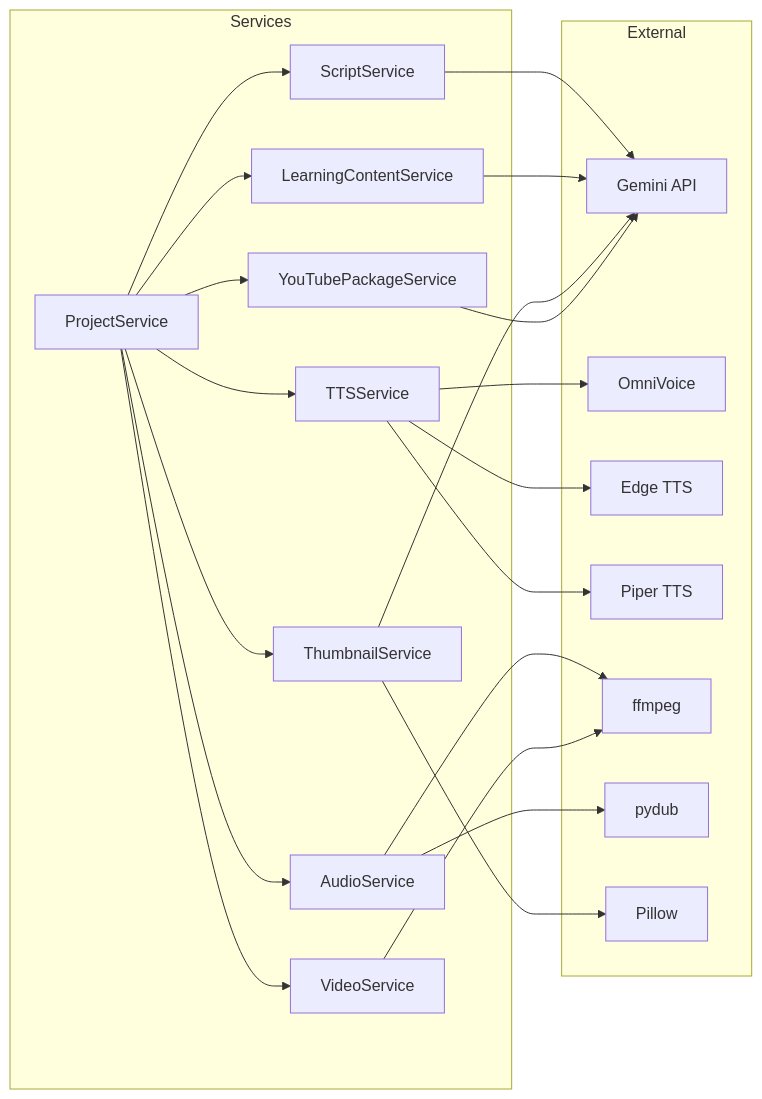
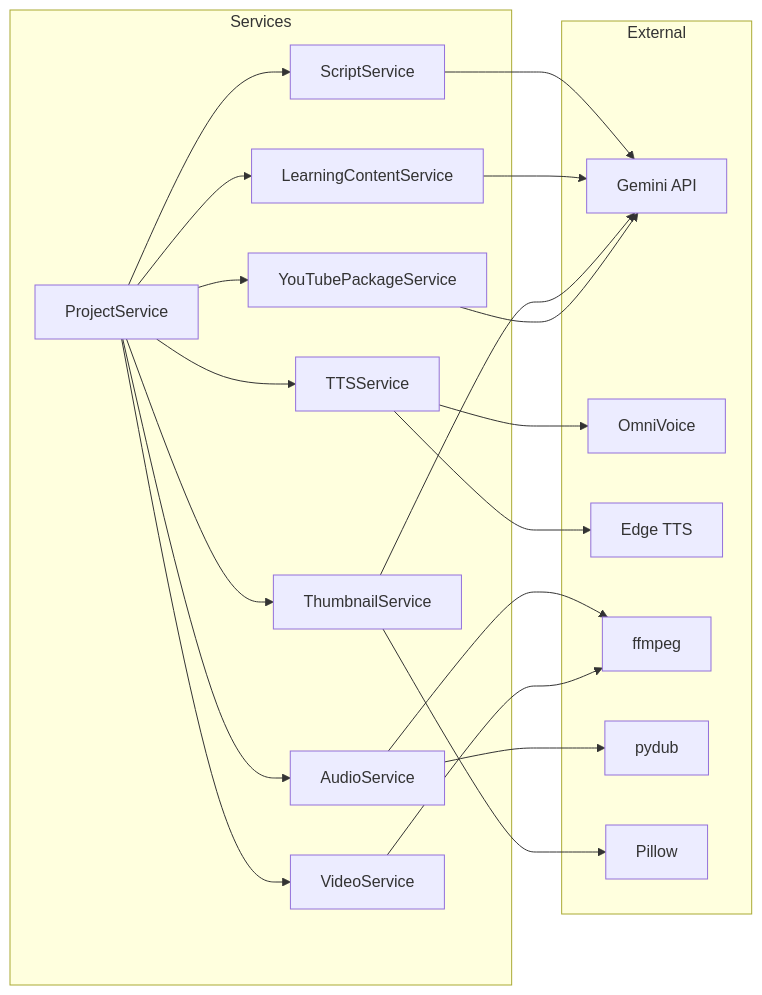
Before and after one commit to danghoangsqtt-sys/dailyintelenglish: the diagram in .viepilot/architecture/module-dependencies.mermaid, drawn with Mermaid. The commit also changed 25 other files, not shown here.

```diff
--- a/.viepilot/architecture/module-dependencies.mermaid
+++ b/.viepilot/architecture/module-dependencies.mermaid
@@ -1,30 +1,29 @@
 graph LR
     subgraph Services
         SS[ScriptService]
         LCS[LearningContentService]
         TS[TTSService]
         AS[AudioService]
         VS[VideoService]
         THS[ThumbnailService]
         YTS[YouTubePackageService]
         PS[ProjectService]
     end
 
     subgraph External
         GEM[Gemini API]
         OV[OmniVoice]
         ET[Edge TTS]
-        PT[Piper TTS]
         FF[ffmpeg]
         PD[pydub]
         PI[Pillow]
     end
 
     SS --> GEM
     LCS --> GEM
-    TS --> OV & ET & PT
+    TS --> OV & ET
     AS --> FF & PD
     VS --> FF
     THS --> GEM & PI
     YTS --> GEM
     PS --> SS & LCS & TS & AS & VS & THS & YTS
```
